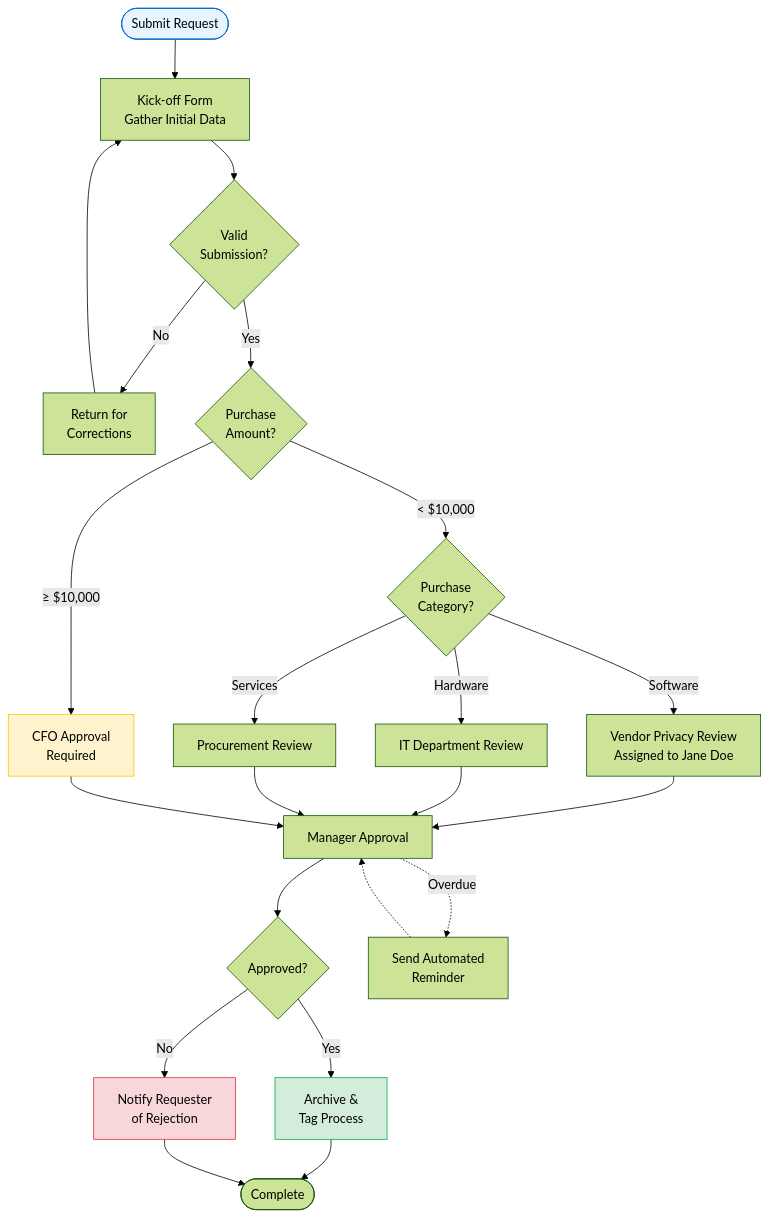
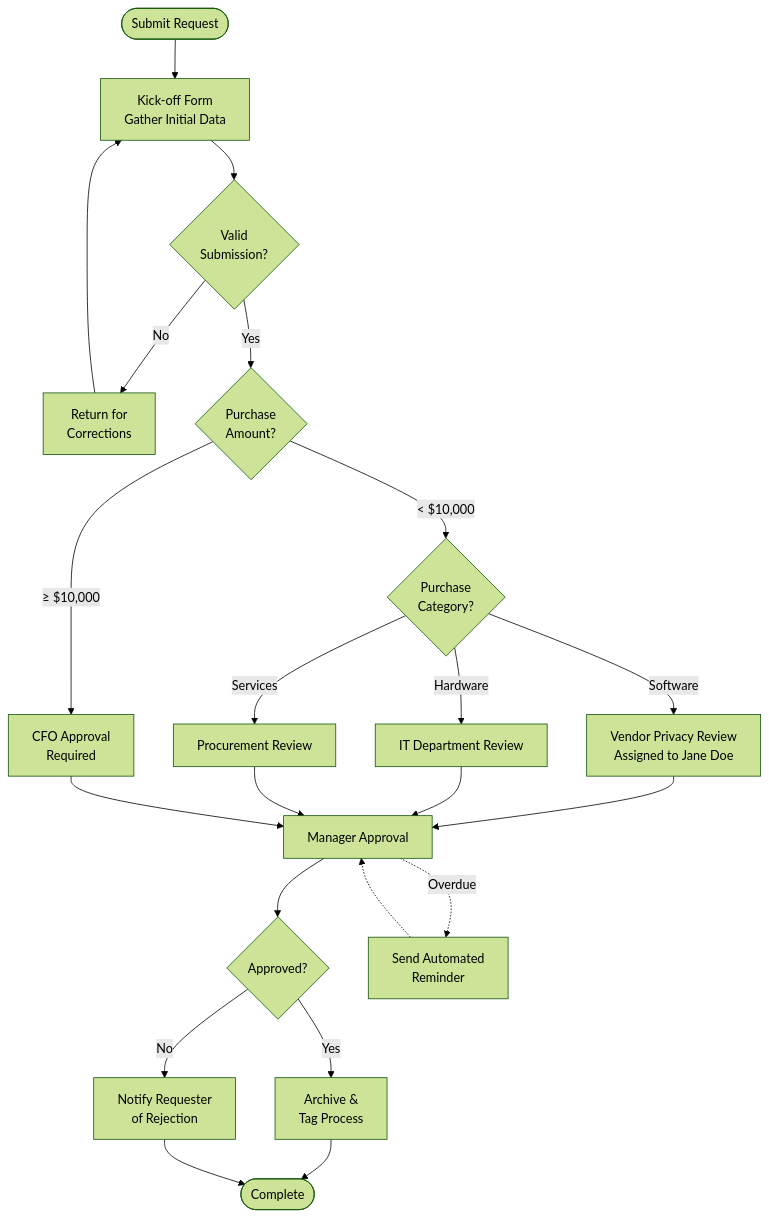
Before and after one commit to tallyfy/documentation: the diagram in src/content/docs/pro/tutorials/how-to/track-and-run-complex-approval-workflows.mdx, drawn with Mermaid. The commit also changed 5 other files, not shown here.

First line of the commit message:
Remove all style directives from Mermaid diagrams in final 6 documentation files

````diff
--- a/src/content/docs/pro/tutorials/how-to/track-and-run-complex-approval-workflows.mdx
+++ b/src/content/docs/pro/tutorials/how-to/track-and-run-complex-approval-workflows.mdx
@@ -46,44 +46,39 @@
 ```mermaid
 %%{init: {'theme':'forest'}}%%
 flowchart TD
     Start([Submit Request]) --> Form[Kick-off Form<br/>Gather Initial Data]
     Form --> Validate{Valid<br/>Submission?}
     
     Validate -->|No| Return[Return for<br/>Corrections]
     Return --> Form
     
     Validate -->|Yes| Amount{Purchase<br/>Amount?}
     
     Amount -->|< $10,000| Category{Purchase<br/>Category?}
     Amount -->|≥ $10,000| CFO[CFO Approval<br/>Required]
     
     Category -->|Software| Privacy[Vendor Privacy Review<br/>Assigned to Jane Doe]
     Category -->|Hardware| IT[IT Department Review]
     Category -->|Services| Procurement[Procurement Review]
     
     Privacy --> Manager[Manager Approval]
     IT --> Manager
     Procurement --> Manager
     CFO --> Manager
     
     Manager --> Decision{Approved?}
     
     Decision -->|Yes| Archive[Archive &<br/>Tag Process]
     Decision -->|No| Notify[Notify Requester<br/>of Rejection]
     
     Archive --> End([Complete])
     Notify --> End
     
     %% Add reminder automation
     Manager -.->|Overdue| Reminder[Send Automated<br/>Reminder]
     Reminder -.-> Manager
     
-    style Start fill:#E8F4FF,stroke:#0066CC
-    style Archive fill:#D4EDDA,stroke:#00AA55
-    style Notify fill:#F8D7DA,stroke:#DC3545
-    style CFO fill:#FFF3CD,stroke:#FFC107
-    
     click Form "/products/pro/tutorials/how-to/build-effective-forms/" "Learn about form building"
     click Manager "/products/pro/documenting/templates/automations/" "Configure automations"
     click Archive "/products/pro/tracking-and-tasks/tracker-view/organize-processes/" "Organize completed processes"
 ```
````
